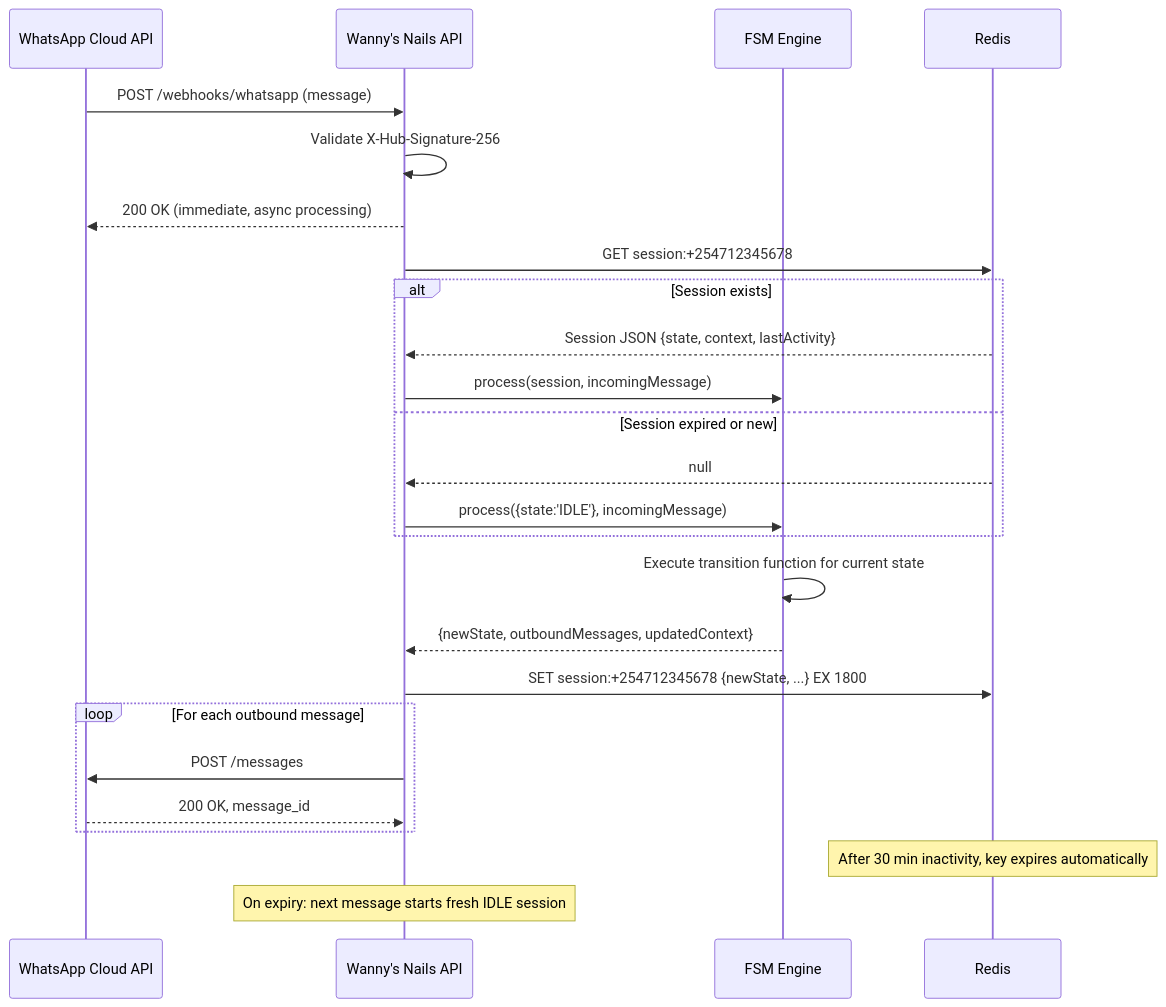
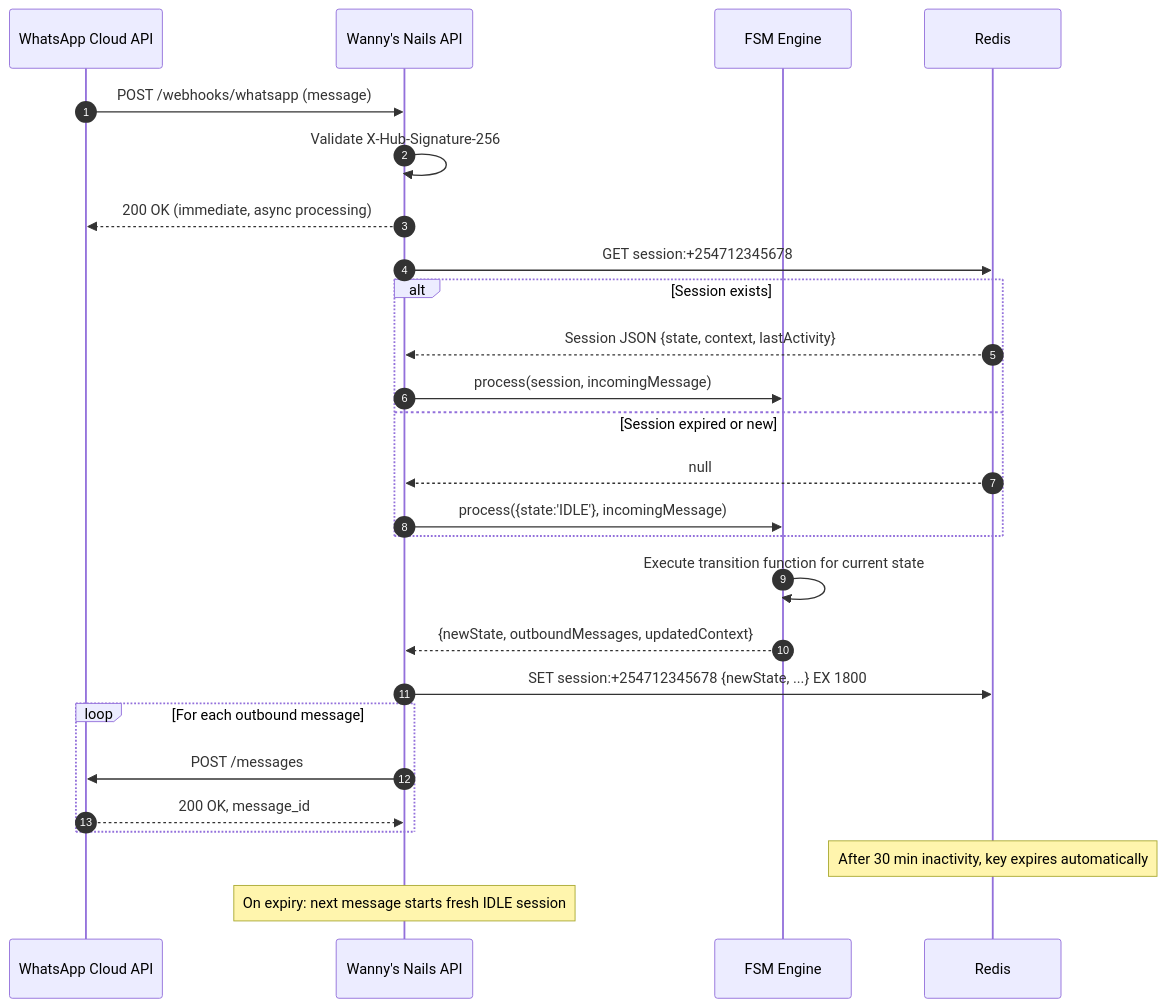
One commit to eva003n/wanny-s-nails changed the seventh of 7 diagrams in docs/ARCHITECTURE.md. Above: the diagram before and after it, drawn with Mermaid. The commit also changed other lines of this file and 2 other files, not shown here.

````diff
--- a/docs/ARCHITECTURE.md
+++ b/docs/ARCHITECTURE.md
@@ -261,33 +262,34 @@
 ```mermaid
 sequenceDiagram
+    autonumber
     participant WA as WhatsApp Cloud API
     participant API as Wanny's Nails API
     participant FSM as FSM Engine
     participant Redis
 
     WA->>API: POST /webhooks/whatsapp (message)
     API->>API: Validate X-Hub-Signature-256
     API-->>WA: 200 OK (immediate, async processing)
 
     API->>Redis: GET session:+254712345678
     alt Session exists
         Redis-->>API: Session JSON {state, context, lastActivity}
         API->>FSM: process(session, incomingMessage)
     else Session expired or new
         Redis-->>API: null
         API->>FSM: process({state:'IDLE'}, incomingMessage)
     end
 
     FSM->>FSM: Execute transition function for current state
     FSM-->>API: {newState, outboundMessages, updatedContext}
 
     API->>Redis: SET session:+254712345678 {newState, ...} EX 1800
 
     loop For each outbound message
         API->>WA: POST /messages
         WA-->>API: 200 OK, message_id
     end
 
     Note over Redis: After 30 min inactivity, key expires automatically
     Note over API: On expiry: next message starts fresh IDLE session
 ```
````
